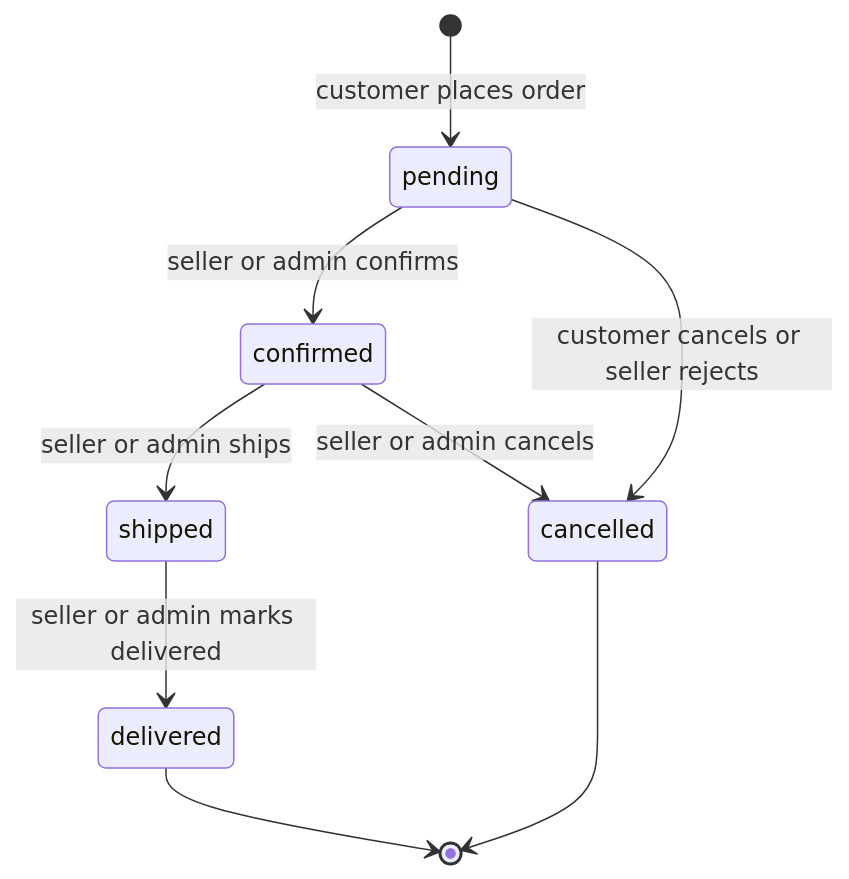
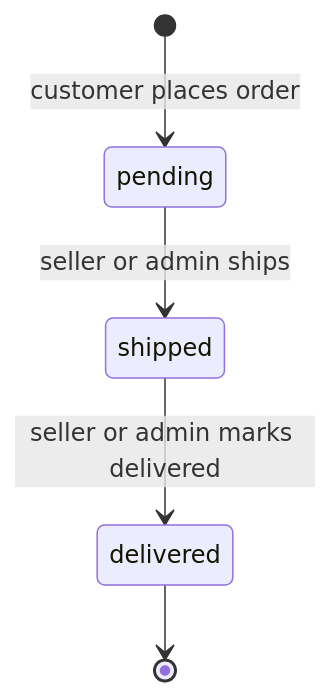
Before and after one commit to SarwarEbrahim/ShopEase-: the third of 3 diagrams in docs/02-srs.md, drawn with Mermaid. The commit also changed other lines of this file, not shown here.

````diff
--- a/docs/02-srs.md
+++ b/docs/02-srs.md
@@ -115,11 +113,7 @@
 ```mermaid
 stateDiagram-v2
     [*] --> pending: customer places order
-    pending --> confirmed: seller or admin confirms
-    pending --> cancelled: customer cancels or seller rejects
-    confirmed --> shipped: seller or admin ships
-    confirmed --> cancelled: seller or admin cancels
+    pending --> shipped: seller or admin ships
     shipped --> delivered: seller or admin marks delivered
     delivered --> [*]
-    cancelled --> [*]
 ```
````
